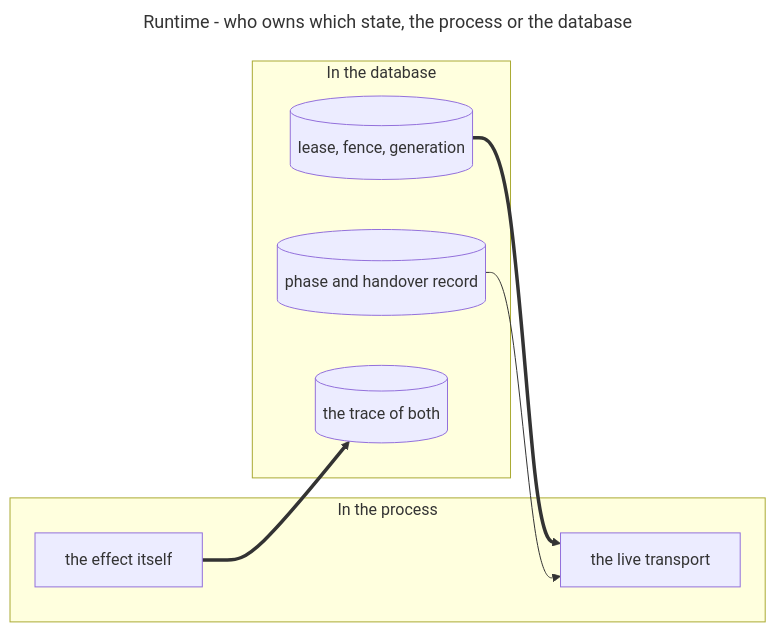
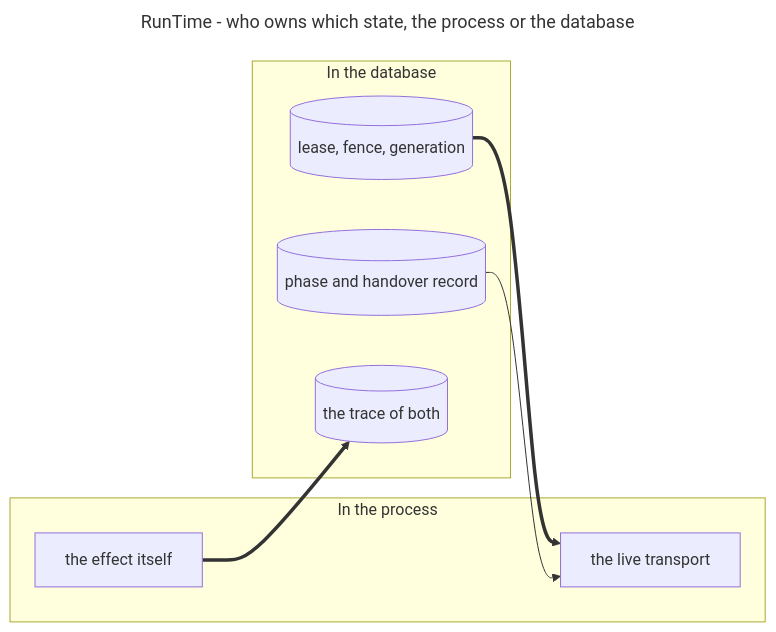
The diagram in Documentation/Diagram/10-RunTime/Ownership.mmd (MergedBeastAgito/Agito), drawn with Mermaid before and after one commit. The commit also changed 156 other files, not shown here.

```diff
--- a/Documentation/Diagram/10-RunTime/Ownership.mmd
+++ b/Documentation/Diagram/10-RunTime/Ownership.mmd
@@ -1,18 +1,18 @@
 ---
-title: Runtime - who owns which state, the process or the database
+title: RunTime - who owns which state, the process or the database
 line9:
   theme: boardroom
 ---
 flowchart LR
   subgraph Process["In the process"]
     P1["the live transport"]:::host
     P2["the effect itself"]:::host
   end
   subgraph Database["In the database"]
     Q1[("lease, fence, generation")]:::store
     Q2[("phase and handover record")]:::store
     Q3[("the trace of both")]:::store
   end
   P2 ==> Q3
   Q1 ==> P1
   Q2 --> P1
```
